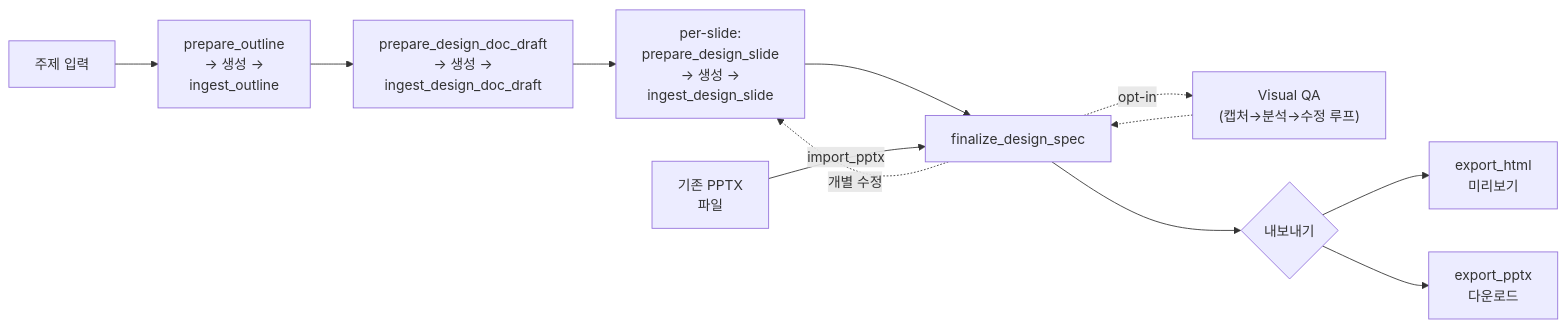
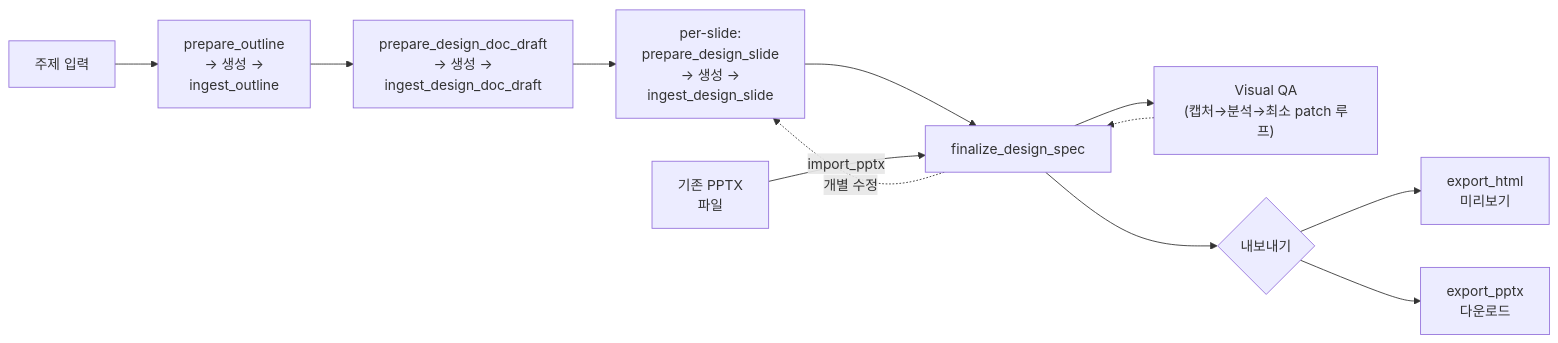
One commit to haandol/ppt-generator changed the second of 3 diagrams in docs/harness/architecture.md. Above: the diagram before and after it, drawn with Mermaid. The commit also changed other lines of this file and 75 other files, not shown here.

````diff
--- a/docs/harness/architecture.md
+++ b/docs/harness/architecture.md
@@ -40,15 +40,15 @@
 ```mermaid
 flowchart LR
     A["주제 입력"] --> B["prepare_outline\n→ 생성 →\ningest_outline"]
     B --> C["prepare_design_doc_draft\n→ 생성 →\ningest_design_doc_draft"]
     C --> D["per-slide:\nprepare_design_slide\n→ 생성 →\ningest_design_slide"]
     D --> F["finalize_design_spec"]
     F -.->|"개별 수정"| D
-    F -.->|"opt-in"| V["Visual QA\n(캡처→분석→수정 루프)"]
+    F --> V["Visual QA\n(캡처→분석→최소 patch 루프)"]
     V -.-> F
     F --> E{"내보내기"}
     E --> G["export_html\n미리보기"]
     E --> H["export_pptx\n다운로드"]
 
     I["기존 PPTX\n파일"] -->|"import_pptx"| F
 ```
````
